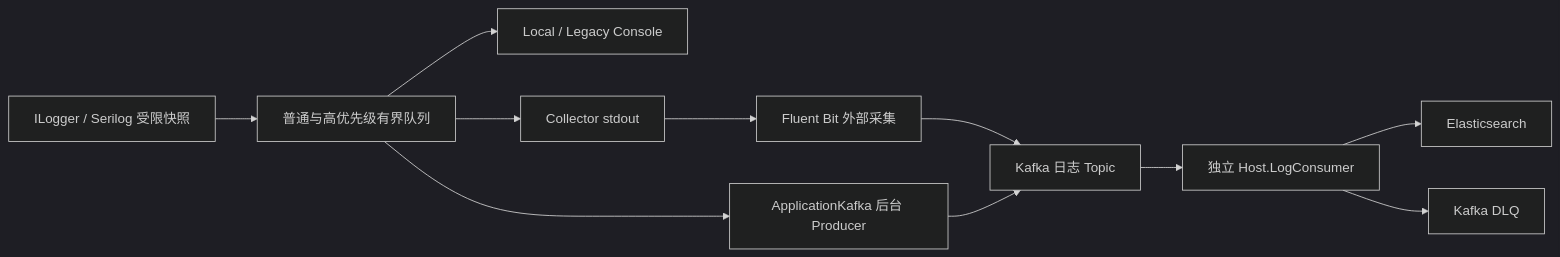
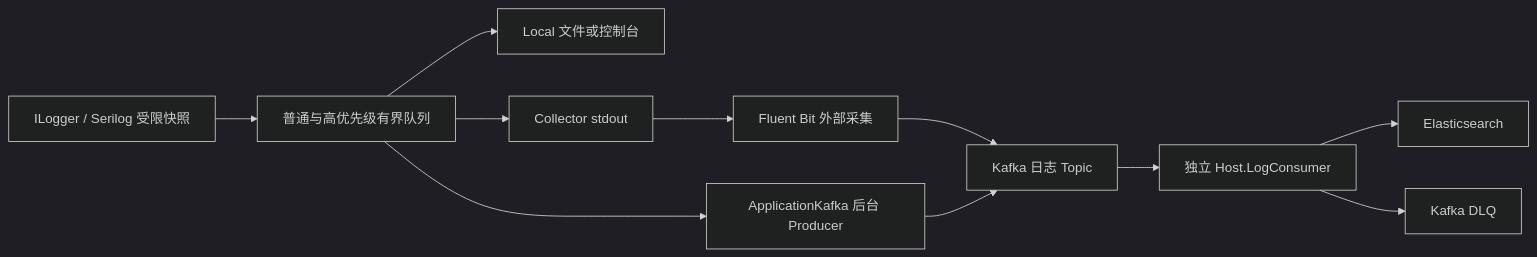
Before and after one commit to yan041108/Full.NET: the diagram in code-wiki/logging-guide.md, drawn with Mermaid (dark theme). The commit also changed other lines of this file and 1707 other files, not shown here.

````diff
--- a/code-wiki/logging-guide.md
+++ b/code-wiki/logging-guide.md
@@ -43,13 +47,13 @@
 ```mermaid
 flowchart LR
     A[ILogger / Serilog 受限快照] --> Q[普通与高优先级有界队列]
-    Q --> L[Local / Legacy Console]
+    Q --> L[Local 文件或控制台]
     Q --> C[Collector stdout]
     C --> F[Fluent Bit 外部采集]
     F --> K[Kafka 日志 Topic]
     Q --> P[ApplicationKafka 后台 Producer]
     P --> K
     K --> W[独立 Host.LogConsumer]
     W --> E[Elasticsearch]
     W --> D[Kafka DLQ]
 ```
````
